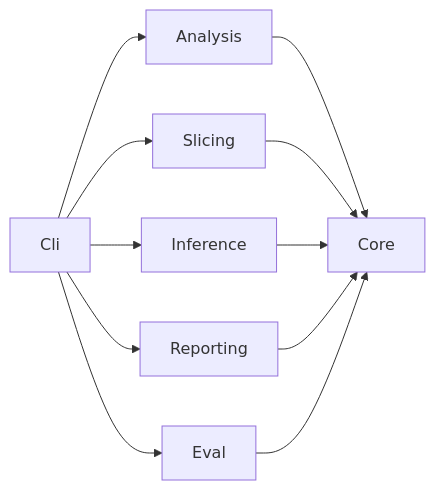
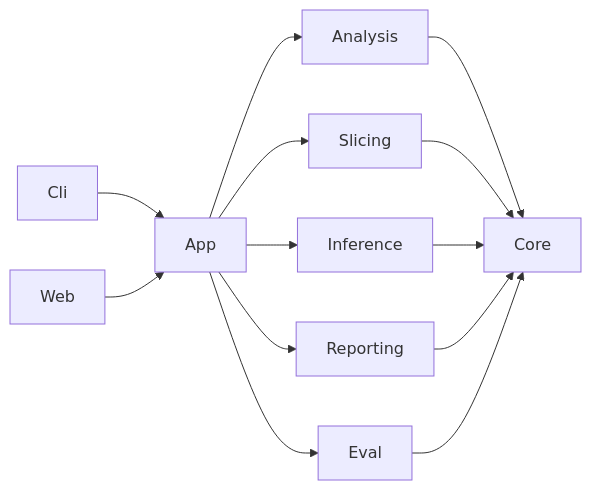
The diagram in README.md (LasaKaru/Final_Year_Project), drawn with Mermaid before and after one commit. The commit also changed other lines of this file and 32 other files, not shown here.

````diff
--- a/README.md
+++ b/README.md
@@ -79,9 +105,11 @@
 ```mermaid
 flowchart LR
-    Cli --> Analysis & Slicing & Inference & Reporting & Eval
+    Cli --> App
+    Web --> App
+    App --> Analysis & Slicing & Inference & Reporting & Eval
     Analysis --> Core
     Slicing --> Core
     Inference --> Core
     Reporting --> Core
     Eval --> Core
 ```
````
